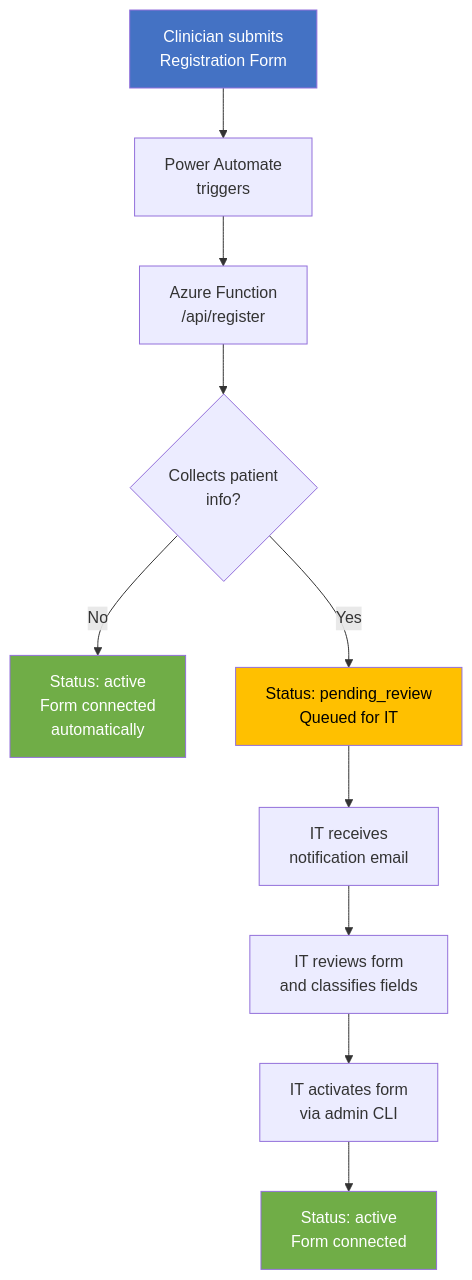
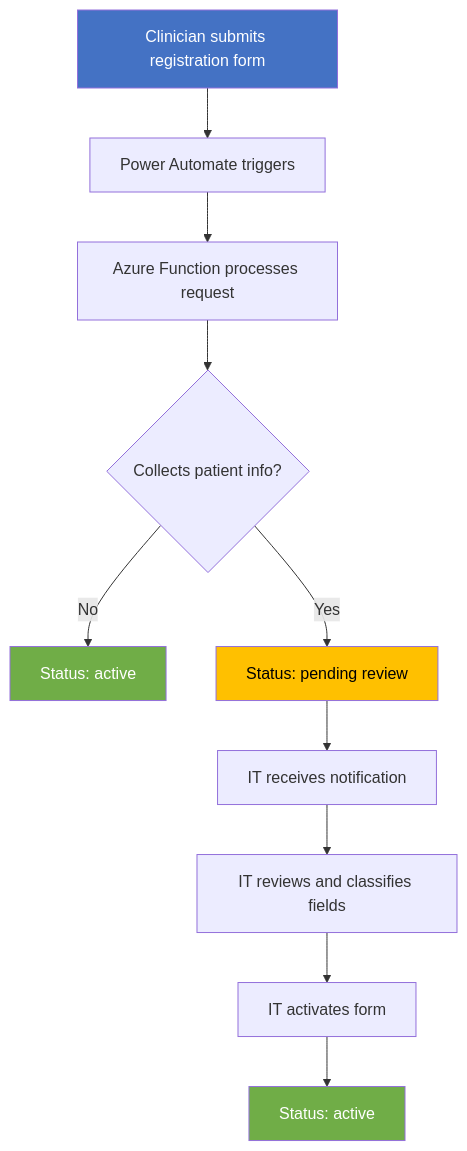
One commit to michaelhuot-msft/forms-to-fabric changed the diagram in docs/registration-form-template.md. Above: the diagram before and after it, drawn with Mermaid. The commit also changed 2 other files, not shown here.

Commit message:
Fix Mermaid line-breaks: remove \n from node labels
Replaced \n with short single-line labels in:
- registration-form-template.md (10 nodes)
- faq.md (1 state diagram note)

Added Mermaid line-break rule to copilot-instructions.md:
  Do not use <br> or \n in node labels — use short labels instead.

````diff
--- a/docs/registration-form-template.md
+++ b/docs/registration-form-template.md
@@ -99,17 +99,17 @@
 ```mermaid
 flowchart TD
-    A["Clinician submits\nRegistration Form"] --> B["Power Automate\ntriggers"]
-    B --> C["Azure Function\n/api/register"]
-    C --> D{"Collects patient\ninfo?"}
-    D -- No --> E["Status: active\nForm connected\nautomatically"]
-    D -- Yes --> F["Status: pending_review\nQueued for IT"]
-    F --> G["IT receives\nnotification email"]
-    G --> H["IT reviews form\nand classifies fields"]
-    H --> I["IT activates form\nvia admin CLI"]
-    I --> J["Status: active\nForm connected"]
+    A[Clinician submits registration form] --> B[Power Automate triggers]
+    B --> C[Azure Function processes request]
+    C --> D{Collects patient info?}
+    D -- No --> E[Status: active]
+    D -- Yes --> F[Status: pending review]
+    F --> G[IT receives notification]
+    G --> H[IT reviews and classifies fields]
+    H --> I[IT activates form]
+    I --> J[Status: active]
 
     style A fill:#4472C4,color:#fff
     style E fill:#70AD47,color:#fff
     style J fill:#70AD47,color:#fff
     style F fill:#FFC000,color:#000
 ```
````
